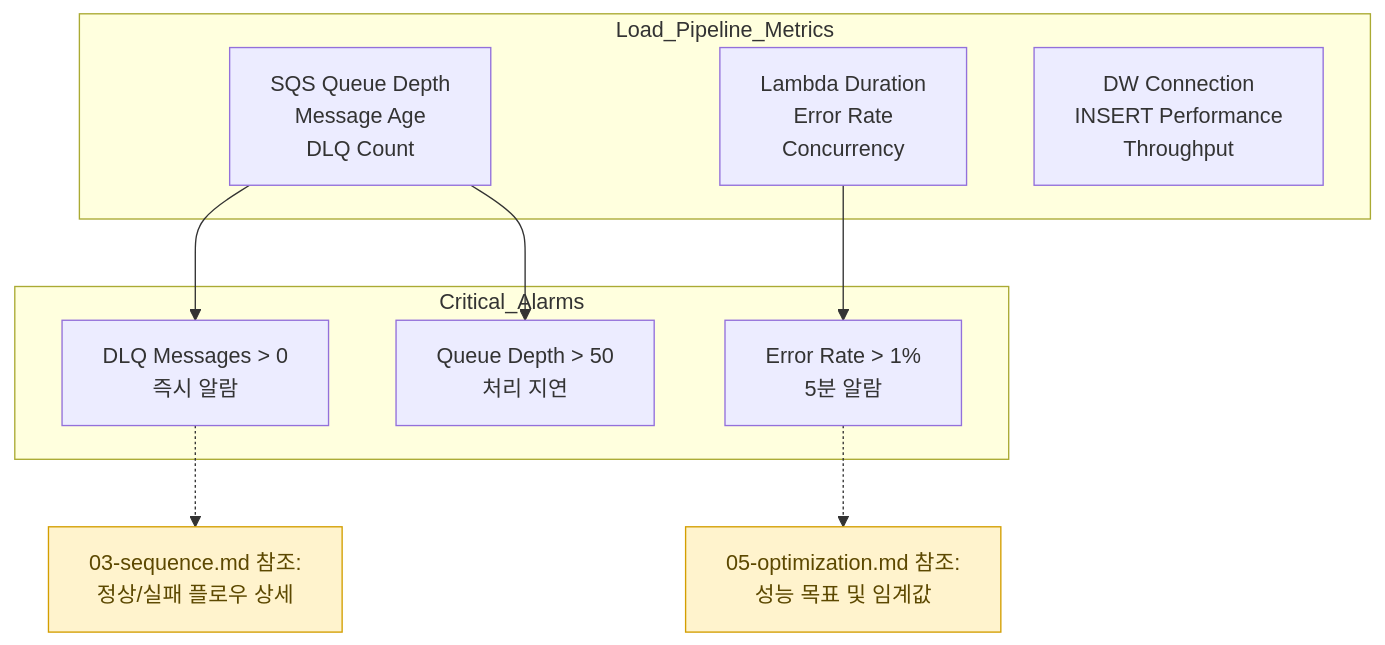
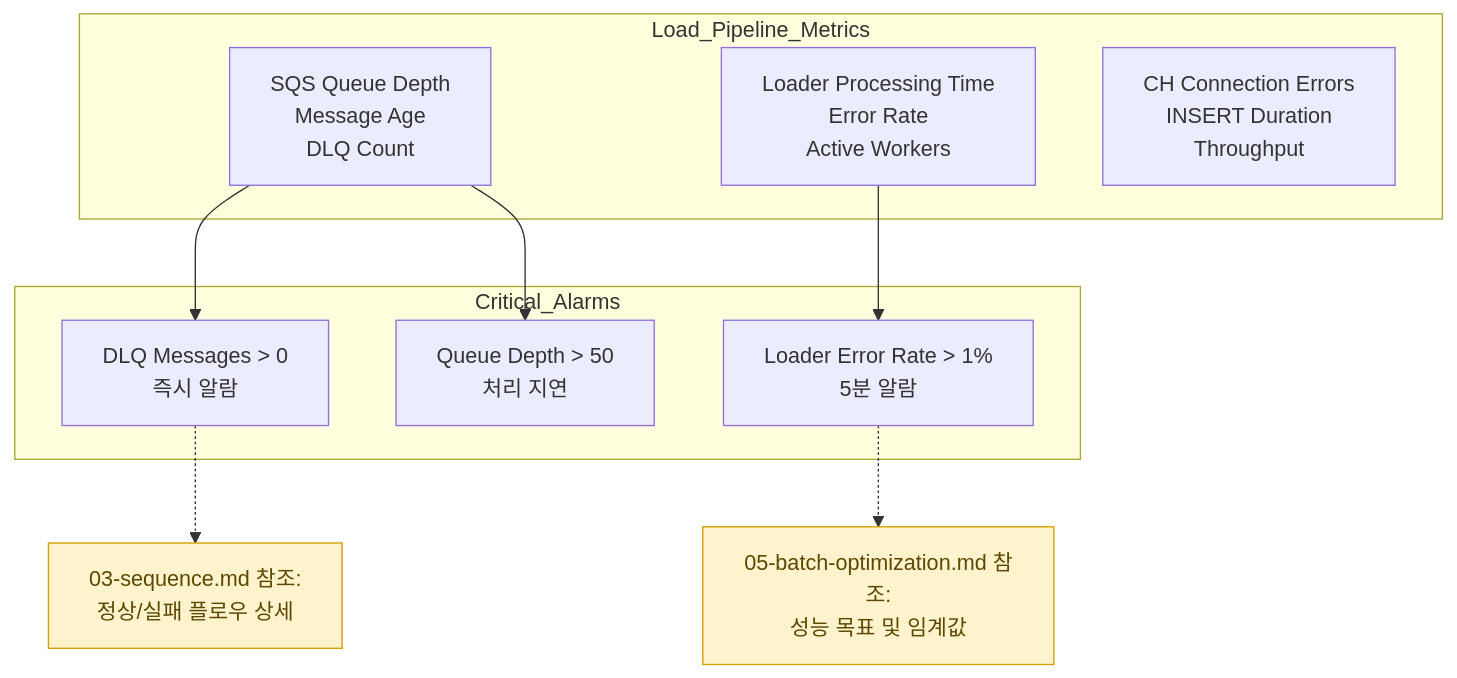
The diagram in docs/diagrams/load/06-monitoring-metrics.md (keemgdeok/fin-forge-pipeline), drawn with Mermaid before and after one commit. The commit also changed other lines of this file and 15 other files, not shown here.

Commit message:
refactor: changed load flow

````diff
--- a/docs/diagrams/load/06-monitoring-metrics.md
+++ b/docs/diagrams/load/06-monitoring-metrics.md
@@ -5,26 +5,26 @@
 ```mermaid
 flowchart TD
   subgraph Load_Pipeline_Metrics
     SQS["SQS Queue Depth<br/>Message Age<br/>DLQ Count"]
-    LAMBDA["Lambda Duration<br/>Error Rate<br/>Concurrency"]  
-    DW["DW Connection<br/>INSERT Performance<br/>Throughput"]
+    AGT["Loader Processing Time<br/>Error Rate<br/>Active Workers"]  
+    CH["CH Connection Errors<br/>INSERT Duration<br/>Throughput"]
   end
 
   subgraph Critical_Alarms
     A1["DLQ Messages > 0<br/>즉시 알람"]
-    A2["Error Rate > 1%<br/>5분 알람"] 
+    A2["Loader Error Rate > 1%<br/>5분 알람"] 
     A3["Queue Depth > 50<br/>처리 지연"]
   end
 
   SQS --> A1
-  LAMBDA --> A2
+  AGT --> A2
   SQS --> A3
 
   Note1["03-sequence.md 참조:<br/>정상/실패 플로우 상세"]:::note
-  Note2["05-optimization.md 참조:<br/>성능 목표 및 임계값"]:::note
+  Note2["05-batch-optimization.md 참조:<br/>성능 목표 및 임계값"]:::note
   
   A1 -.-> Note1
   A2 -.-> Note2
 
   classDef note fill:#fff3cd,stroke:#d39e00,color:#5c4800;
 ```
````
